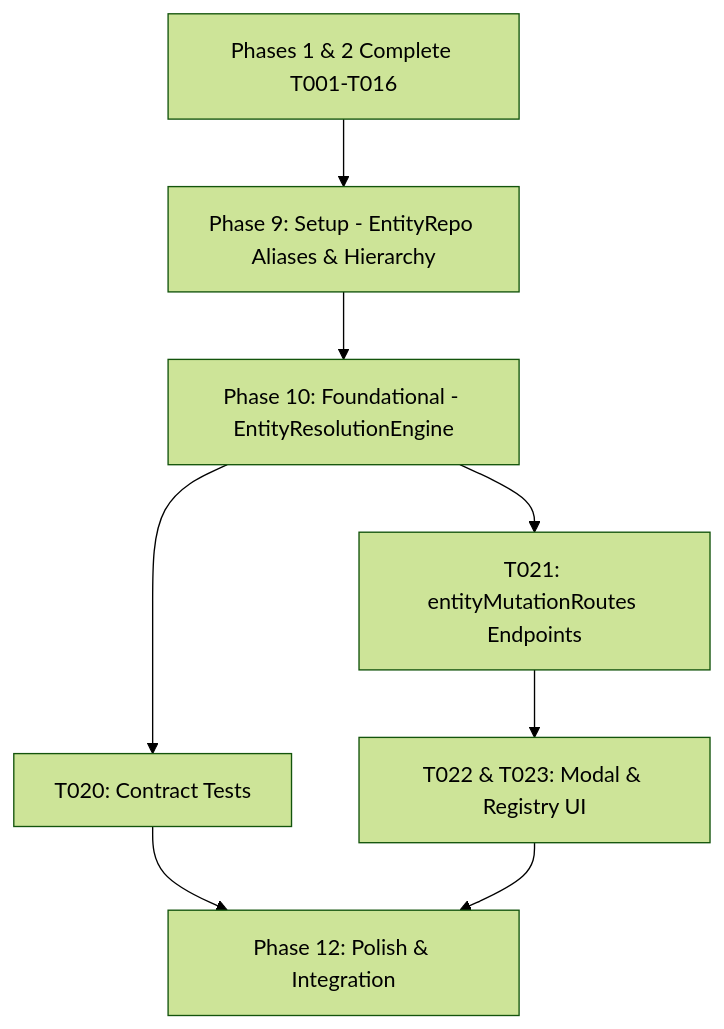
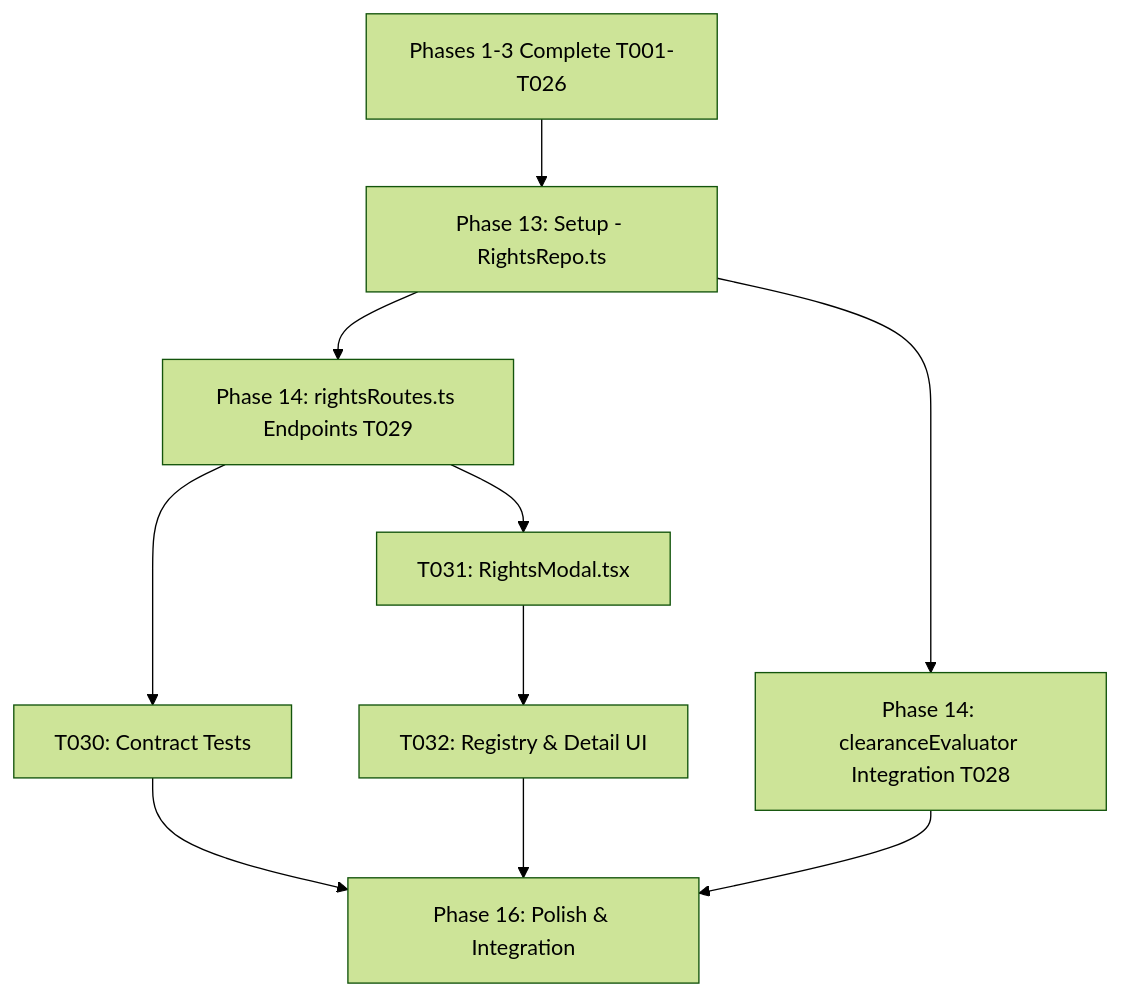
The diagram in specs/016-production-clearance-model/tasks.md (fmcgoohan/clearancescout), drawn with Mermaid (forest theme) before and after one commit. The commit also changed other lines of this file, not shown here.

Commit message:
docs(tasks): append Phase 4 rights and restrictions tasks to 016-production-clearance-model

````diff
--- a/specs/016-production-clearance-model/tasks.md
+++ b/specs/016-production-clearance-model/tasks.md
@@ -132,10 +169,12 @@
 ```mermaid
 graph TD
-    Phase1to8[Phases 1 & 2 Complete T001-T016] --> Phase9[Phase 9: Setup - EntityRepo Aliases & Hierarchy]
-    Phase9 --> Phase10[Phase 10: Foundational - EntityResolutionEngine]
-    Phase10 --> US3_Tests[T020: Contract Tests]
-    Phase10 --> US3_Routes[T021: entityMutationRoutes Endpoints]
-    US3_Routes --> US3_UI[T022 & T023: Modal & Registry UI]
-    US3_Tests --> Phase12[Phase 12: Polish & Integration]
-    US3_UI --> Phase12
+    Phase1to12[Phases 1-3 Complete T001-T026] --> Phase13[Phase 13: Setup - RightsRepo.ts]
+    Phase13 --> Phase14_Eval[Phase 14: clearanceEvaluator Integration T028]
+    Phase13 --> Phase14_Routes[Phase 14: rightsRoutes.ts Endpoints T029]
+    Phase14_Routes --> US4_Tests[T030: Contract Tests]
+    Phase14_Routes --> US4_UI_Modal[T031: RightsModal.tsx]
+    US4_UI_Modal --> US4_UI_Table[T032: Registry & Detail UI]
+    US4_Tests --> Phase16[Phase 16: Polish & Integration]
+    US4_UI_Table --> Phase16
+    Phase14_Eval --> Phase16
 ```
````
